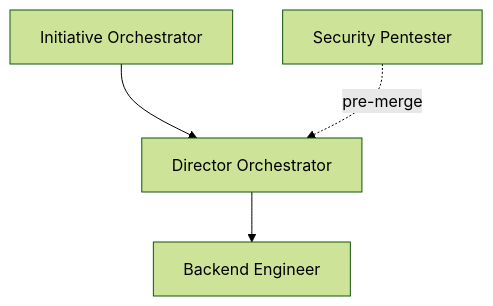
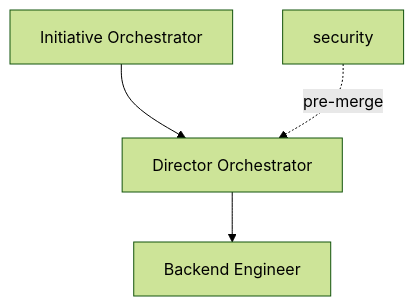
One commit to Buleje/Mercado changed the second of 2 diagrams in .claude/skills/infrastructure-map/SKILL.md. Above: the diagram before and after it, drawn with Mermaid (forest theme). The commit also changed 54 other files, not shown here.

````diff
--- a/.claude/skills/infrastructure-map/SKILL.md
+++ b/.claude/skills/infrastructure-map/SKILL.md
@@ -57,6 +57,6 @@
 ```mermaid
 flowchart TB
     DO[Director Orchestrator] --> BA[Backend Engineer]
     IO[Initiative Orchestrator] --> DO
-    SP[Security Pentester] -.->|pre-merge| DO
+    SP[security] -.->|pre-merge| DO
 ```
````
